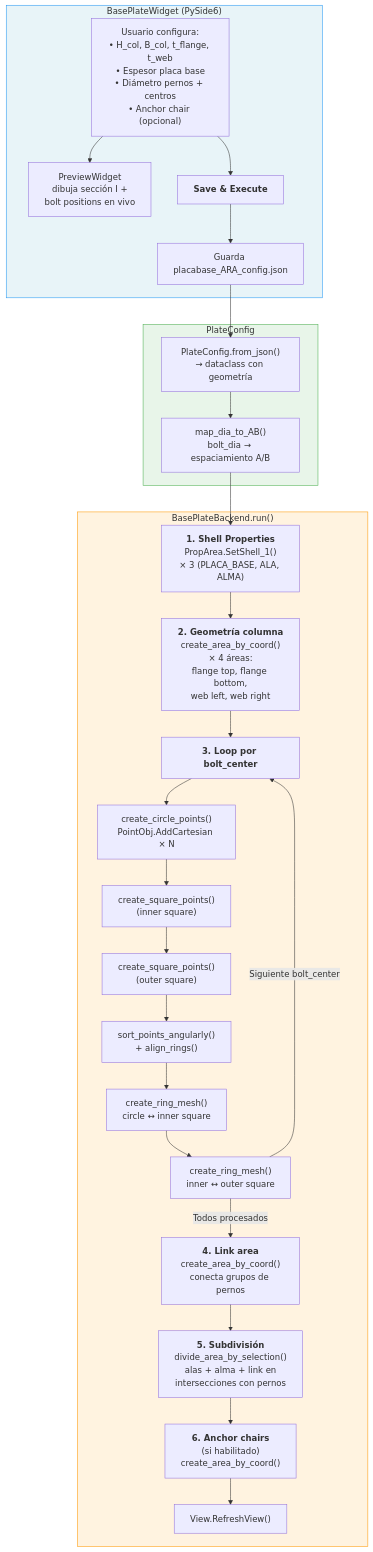
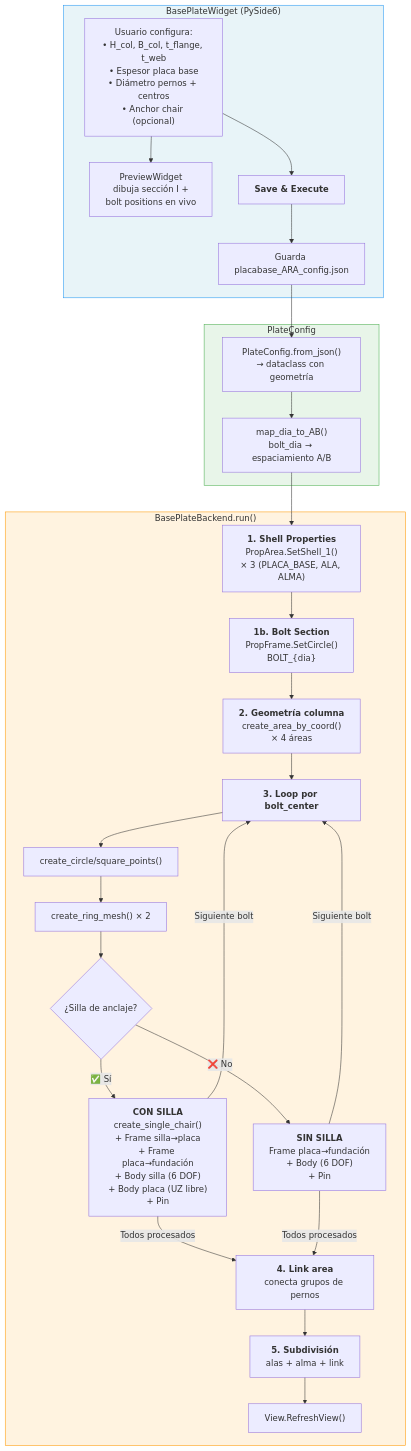
The diagram in Placa_Base/README.md (fcocarrascob/SAPy2000), drawn with Mermaid before and after one commit. The commit also changed other lines of this file and 5 other files, not shown here.

First line of the commit message:
feat: Enhance Base Plate Module with Bolt Frame and Material Configuration

````diff
--- a/Placa_Base/README.md
+++ b/Placa_Base/README.md
@@ -30,45 +35,47 @@
 ```mermaid
 flowchart TD
     subgraph GUI["BasePlateWidget (PySide6)"]
         A["Usuario configura:<br/>• H_col, B_col, t_flange, t_web<br/>• Espesor placa base<br/>• Diámetro pernos + centros<br/>• Anchor chair (opcional)"]
         A2["PreviewWidget<br/>dibuja sección I +<br/>bolt positions en vivo"]
         A3["<b>Save & Execute</b>"]
         A4["Guarda placabase_ARA_config.json"]
     end
 
     subgraph Config["PlateConfig"]
         C1["PlateConfig.from_json()<br/>→ dataclass con geometría"]
         C2["map_dia_to_AB()<br/>bolt_dia → espaciamiento A/B"]
     end
 
     subgraph Backend["BasePlateBackend.run()"]
         P1["<b>1. Shell Properties</b><br/>PropArea.SetShell_1()<br/>× 3 (PLACA_BASE, ALA, ALMA)"]
-        P2["<b>2. Geometría columna</b><br/>create_area_by_coord()<br/>× 4 áreas:<br/>flange top, flange bottom,<br/>web left, web right"]
+        P1B["<b>1b. Bolt Section</b><br/>PropFrame.SetCircle()<br/>BOLT_{dia}"]
+        P2["<b>2. Geometría columna</b><br/>create_area_by_coord()<br/>× 4 áreas"]
         P3["<b>3. Loop por bolt_center</b>"]
-        P3A["create_circle_points()<br/>PointObj.AddCartesian × N"]
-        P3B["create_square_points()<br/>(inner square)"]
-        P3C["create_square_points()<br/>(outer square)"]
-        P3D["sort_points_angularly()<br/>+ align_rings()"]
-        P3E["create_ring_mesh()<br/>circle ↔ inner square"]
-        P3F["create_ring_mesh()<br/>inner ↔ outer square"]
-        P4["<b>4. Link area</b><br/>create_area_by_coord()<br/>conecta grupos de pernos"]
-        P5["<b>5. Subdivisión</b><br/>divide_area_by_selection()<br/>alas + alma + link en<br/>intersecciones con pernos"]
-        P6["<b>6. Anchor chairs</b><br/>(si habilitado)<br/>create_area_by_coord()"]
+        P3A["create_circle/square_points()"]
+        P3E["create_ring_mesh() × 2"]
+        P3CHAIR{"  ¿Silla de anclaje?"}
+        P3YES["<b>CON SILLA</b><br/>create_single_chair()<br/>+ Frame silla→placa<br/>+ Frame placa→fundación<br/>+ Body silla (6 DOF)<br/>+ Body placa (UZ libre)<br/>+ Pin"]
+        P3NO["<b>SIN SILLA</b><br/>Frame placa→fundación<br/>+ Body (6 DOF)<br/>+ Pin"]
+        P4["<b>4. Link area</b><br/>conecta grupos de pernos"]
+        P5["<b>5. Subdivisión</b><br/>alas + alma + link"]
         P7["View.RefreshView()"]
     end
 
     A --> A2
     A --> A3 --> A4 --> C1
     C1 --> C2 --> P1
 
-    P1 --> P2 --> P3
-    P3 --> P3A --> P3B --> P3C
-    P3C --> P3D --> P3E --> P3F
-    P3F -->|"Siguiente bolt_center"| P3
-    P3F -->|"Todos procesados"| P4
-    P4 --> P5 --> P6 --> P7
+    P1 --> P1B --> P2 --> P3
+    P3 --> P3A --> P3E --> P3CHAIR
+    P3CHAIR -->|"✅ Sí"| P3YES
+    P3CHAIR -->|"❌ No"| P3NO
+    P3YES -->|"Siguiente bolt"| P3
+    P3NO -->|"Siguiente bolt"| P3
+    P3YES -->|"Todos procesados"| P4
+    P3NO -->|"Todos procesados"| P4
+    P4 --> P5 --> P7
 
     style GUI fill:#e8f4f8,stroke:#2196F3
     style Config fill:#e8f5e9,stroke:#4CAF50
     style Backend fill:#fff3e0,stroke:#FF9800
 ```
````
